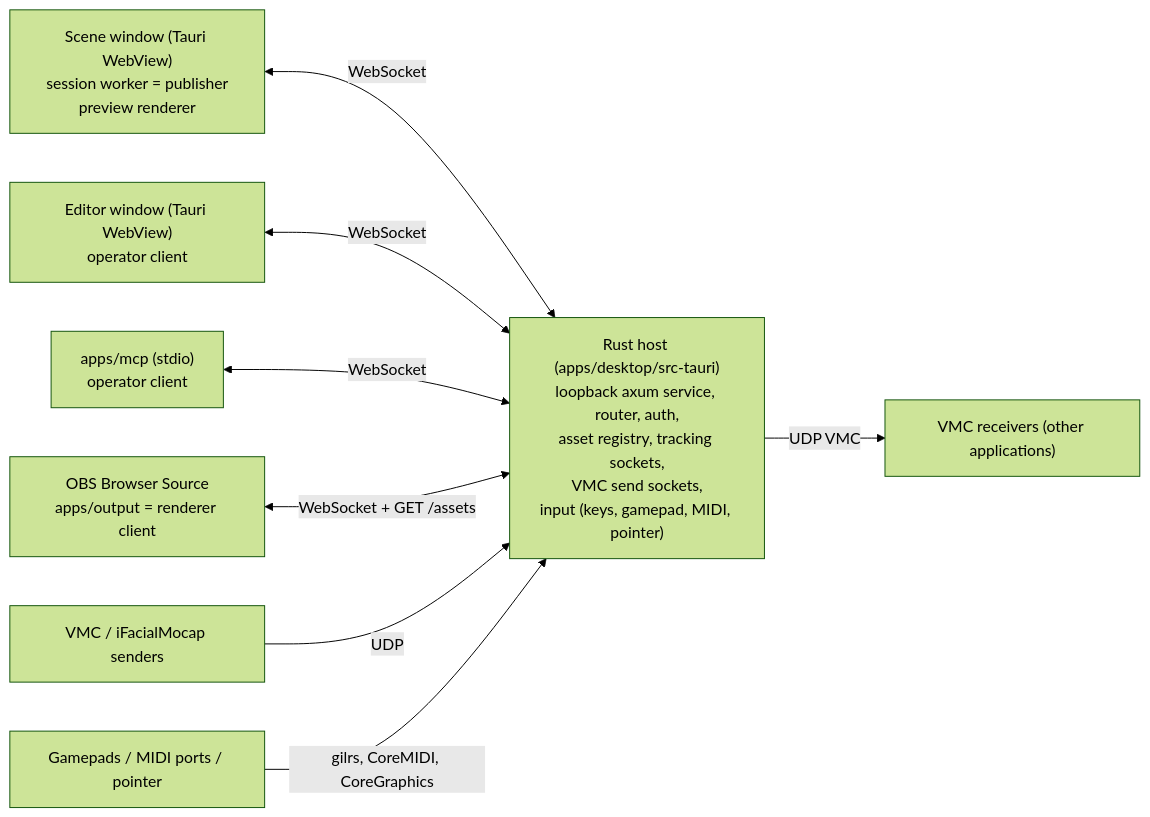
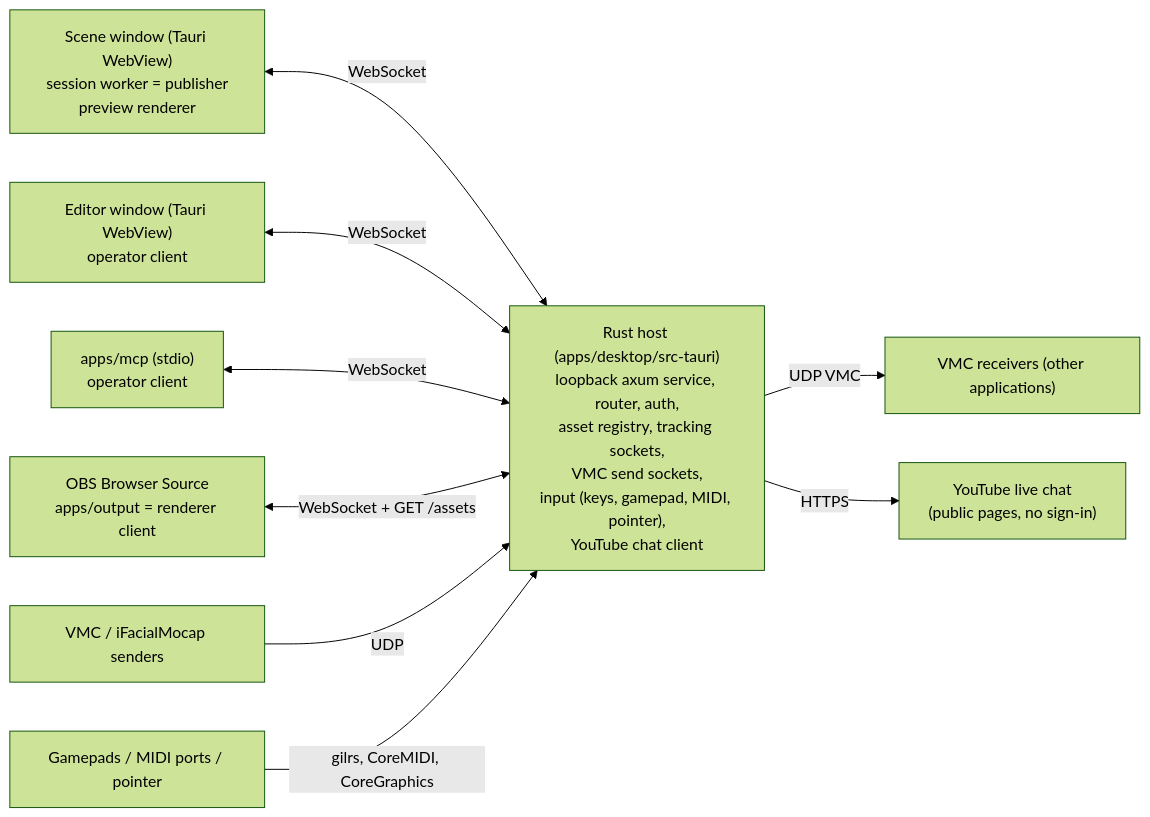
One commit to danirukun/opensekai changed the diagram in ARCHITECTURE.md. Above: the diagram before and after it, drawn with Mermaid (forest theme). The commit also changed other lines of this file and 49 other files, not shown here.

First line of the commit message:
Read YouTube live chat into Blueprint event nodes (B25)

````diff
--- a/ARCHITECTURE.md
+++ b/ARCHITECTURE.md
@@ -7,11 +7,12 @@
 ```mermaid
 flowchart LR
   Scene["Scene window (Tauri WebView)\nsession worker = publisher\npreview renderer"] <-->|WebSocket| Host
   Editor["Editor window (Tauri WebView)\noperator client"] <-->|WebSocket| Host
   MCP["apps/mcp (stdio)\noperator client"] <-->|WebSocket| Host
   OBS["OBS Browser Source\napps/output = renderer client"] <-->|WebSocket + GET /assets| Host
-  Host["Rust host (apps/desktop/src-tauri)\nloopback axum service, router, auth,\nasset registry, tracking sockets,\nVMC send sockets,\ninput (keys, gamepad, MIDI, pointer)"]
+  Host["Rust host (apps/desktop/src-tauri)\nloopback axum service, router, auth,\nasset registry, tracking sockets,\nVMC send sockets,\ninput (keys, gamepad, MIDI, pointer),\nYouTube chat client"]
   Trackers["VMC / iFacialMocap senders"] -->|UDP| Host
   Host -->|UDP VMC| Receivers["VMC receivers (other applications)"]
   Devices["Gamepads / MIDI ports / pointer"] -->|gilrs, CoreMIDI, CoreGraphics| Host
+  Host -->|HTTPS| YouTube["YouTube live chat\n(public pages, no sign-in)"]
 ```
````
